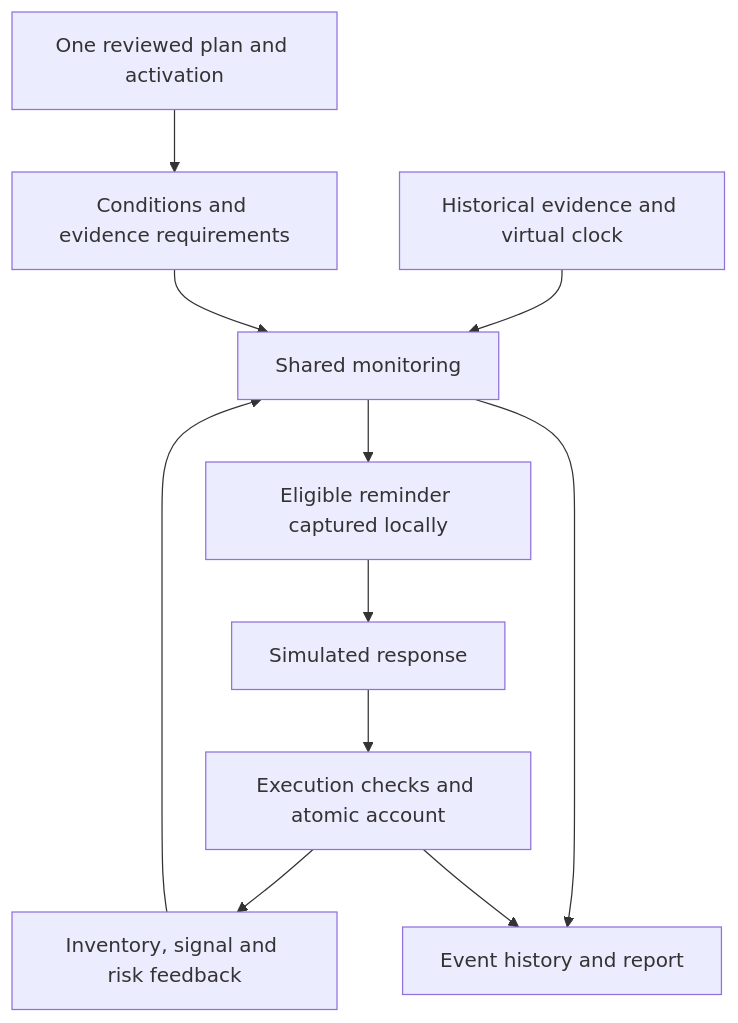
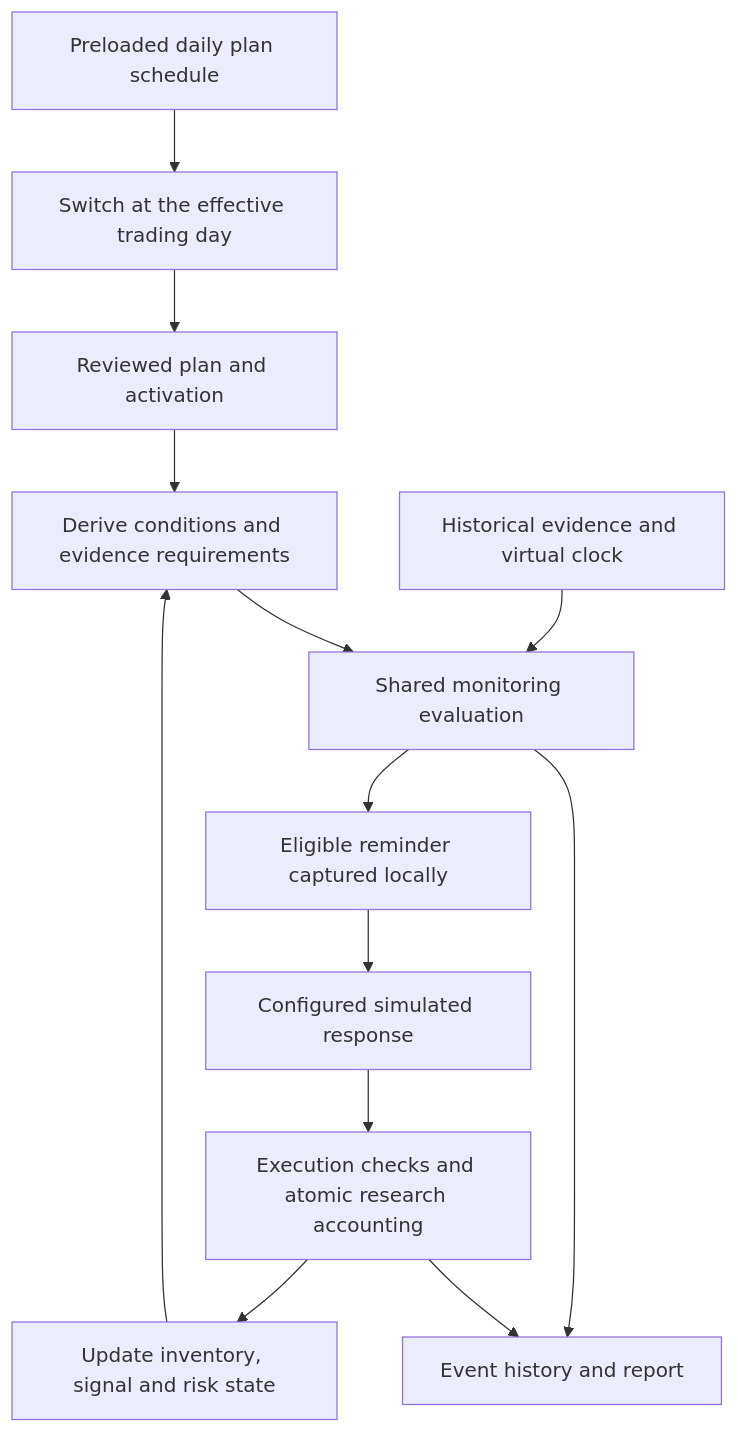
Before and after one commit to xiedc1227-bot/trade-plan-monitor: the diagram in docs/specifications/backtesting/PROPOSAL-monitor-loop-backtest.md, drawn with Mermaid. The commit also changed other lines of this file and 7 other files, not shown here.

````diff
--- a/docs/specifications/backtesting/PROPOSAL-monitor-loop-backtest.md
+++ b/docs/specifications/backtesting/PROPOSAL-monitor-loop-backtest.md
@@ -36,13 +39,15 @@
 ```mermaid
 flowchart TD
-    P[One reviewed plan and activation] --> C[Conditions and evidence requirements]
-    H[Historical evidence and virtual clock] --> M[Shared monitoring]
+    P[Reviewed plan and activation] --> C[Derive conditions and evidence requirements]
+    H[Historical evidence and virtual clock] --> M[Shared monitoring evaluation]
     C --> M
     M --> R[Eligible reminder captured locally]
-    R --> A[Simulated response]
-    A --> E[Execution checks and atomic account]
-    E --> U[Inventory, signal and risk feedback]
-    U --> M
+    R --> A[Configured simulated response]
+    A --> E[Execution checks and atomic research accounting]
+    E --> U[Update inventory, signal and risk state]
+    U --> C
+    V[Preloaded daily plan schedule] --> T[Switch at the effective trading day]
+    T --> P
     M --> J[Event history and report]
     E --> J
 ```
````
